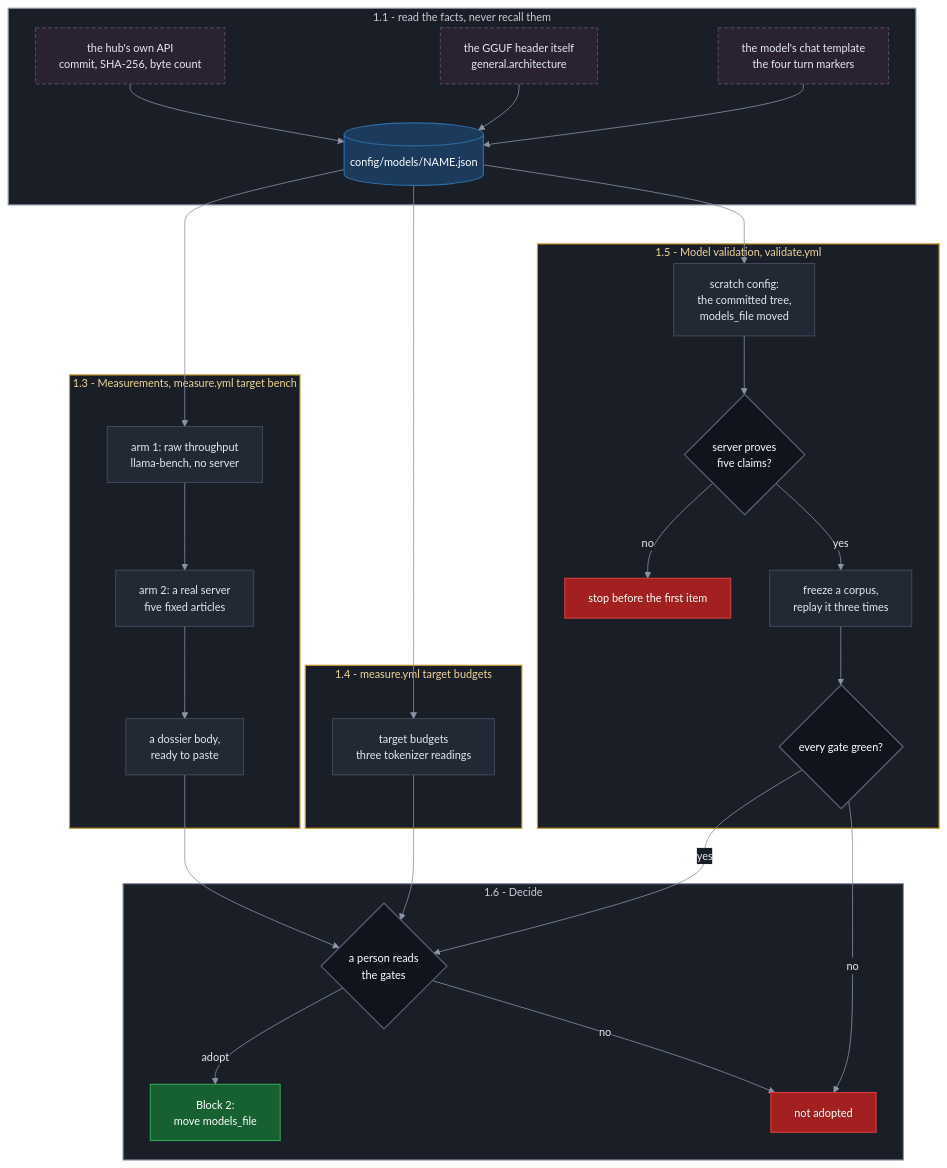
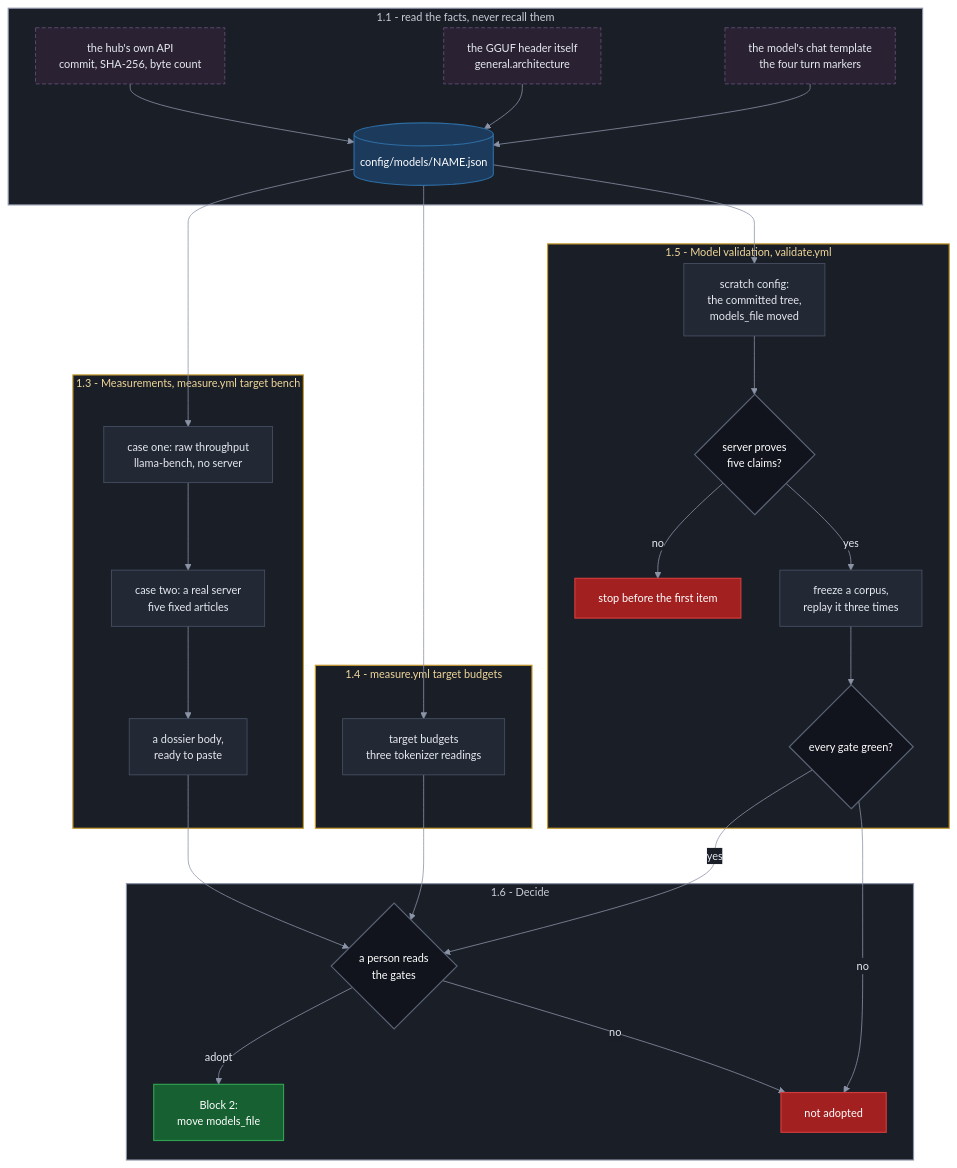
The diagram in docs/how-to/evaluate-new-summarizer-model.md (miztiik/yen-idhazh), drawn with Mermaid before and after one commit. The commit also changed other lines of this file and 8 other files, not shown here.

````diff
--- a/docs/how-to/evaluate-new-summarizer-model.md
+++ b/docs/how-to/evaluate-new-summarizer-model.md
@@ -43,56 +43,56 @@
 ```mermaid
 %%{init: {"theme": "base", "themeVariables": {"background": "#0f1117", "primaryColor": "#222834", "primaryTextColor": "#e6e9f0", "primaryBorderColor": "#4b5468", "lineColor": "#8b93a7", "textColor": "#e6e9f0", "clusterBkg": "#1a1e27", "clusterBorder": "#3a4254", "titleColor": "#e6e9f0", "edgeLabelBackground": "#1a1e27", "fontSize": "14px"}}}%%
 flowchart TB
  subgraph FACTS["1.1 - read the facts, never recall them"]
   HUB["the hub's own API<br/>commit, SHA-256, byte count"] --> FILE
   HDR["the GGUF header itself<br/>general.architecture"] --> FILE
   TMPL["the model's chat template<br/>the four turn markers"] --> FILE
   FILE[("config/models/NAME.json")]
  end
 
  subgraph BENCH["1.3 - Measurements, measure.yml target bench"]
-  FILE --> RAW["arm 1: raw throughput<br/>llama-bench, no server"]
-  RAW --> SERVE["arm 2: a real server<br/>five fixed articles"]
+  FILE --> RAW["case one: raw throughput<br/>llama-bench, no server"]
+  RAW --> SERVE["case two: a real server<br/>five fixed articles"]
   SERVE --> DOSSIER["a dossier body,<br/>ready to paste"]
  end
 
  subgraph READ["1.4 - measure.yml target budgets"]
   FILE --> BUDGETS["target budgets<br/>three tokenizer readings"]
  end
 
  subgraph QUAL["1.5 - Model validation, validate.yml"]
   FILE --> SCRATCH["scratch config:<br/>the committed tree,<br/>models_file moved"]
   SCRATCH --> PROVE{"server proves<br/>five claims?"}
   PROVE -->|"no"| STOP["stop before the first item"]
   PROVE -->|"yes"| REPLAY["freeze a corpus,<br/>replay it three times"]
   REPLAY --> GATES{"every gate green?"}
  end
 
  subgraph CALL["1.6 - Decide"]
   DECIDE{"a person reads<br/>the gates"} -->|"adopt"| ADOPT["Block 2:<br/>move models_file"]
   DECIDE -->|"no"| REJECT["not adopted"]
  end
 
  DOSSIER --> DECIDE
  BUDGETS --> DECIDE
  GATES -->|"yes"| DECIDE
  GATES -->|"no"| REJECT
 
  classDef stage fill:#222834,stroke:#4b5468,stroke-width:1px,color:#e6e9f0;
  classDef decision fill:#11141c,stroke:#5b6477,stroke-width:1.5px,color:#ffffff;
  classDef yes fill:#176032,stroke:#2ea04f,stroke-width:1.5px,color:#ffffff;
  classDef no fill:#a32020,stroke:#d23b3b,stroke-width:1.5px,color:#ffffff;
  classDef store fill:#1b3a5c,stroke:#2d6ca3,stroke-width:1.5px,color:#ffffff;
  classDef ext fill:#2a2233,stroke:#6b5480,stroke-width:1px,stroke-dasharray:5 3,color:#e6e9f0;
  classDef sysEval fill:#1a1e27,stroke:#c79a2e,stroke-width:1.5px,color:#f0d79a;
  classDef sysOps fill:#1a1e27,stroke:#8b93a7,stroke-width:1.5px,color:#c8cdd8;
 
  class RAW,SERVE,DOSSIER,BUDGETS,SCRATCH,REPLAY stage;
  class HUB,HDR,TMPL ext;
  class PROVE,GATES,DECIDE decision;
  class FILE store;
  class ADOPT yes;
  class STOP,REJECT no;
  class FACTS,CALL sysOps;
  class BENCH,READ,QUAL sysEval;
 ```
````
